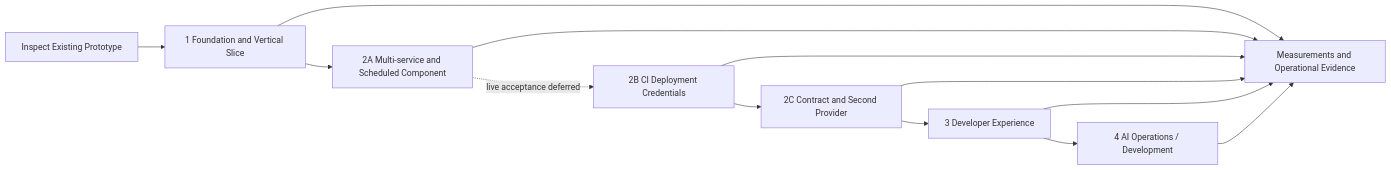
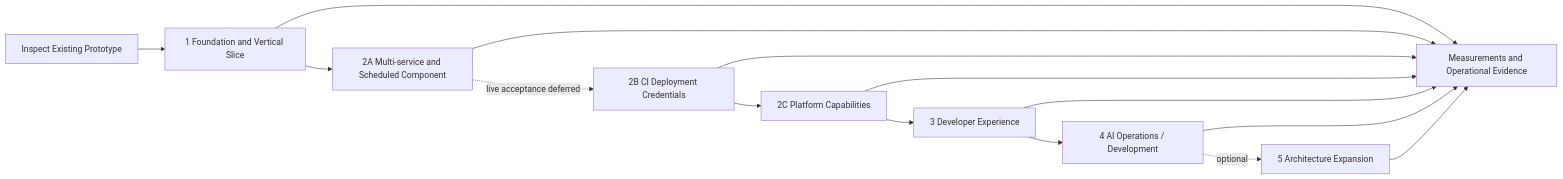
One commit to eseidinger/developer-platform changed the diagram in docs/04-development/development-plan.md. Above: the diagram before and after it, drawn with Mermaid. The commit also changed other lines of this file and 27 other files, not shown here.

Commit message:
docs: retain single Python platform architecture

````diff
--- a/docs/04-development/development-plan.md
+++ b/docs/04-development/development-plan.md
@@ -30,15 +31,17 @@
 ```mermaid
 flowchart LR
     Baseline["Inspect Existing Prototype"] --> P1["1 Foundation and Vertical Slice"]
     P1 --> P2A["2A Multi-service and Scheduled Component"]
     P2A -. "live acceptance deferred" .-> P2B["2B CI Deployment Credentials"]
-    P2B --> P2C["2C Contract and Second Provider"]
+    P2B --> P2C["2C Platform Capabilities"]
     P2C --> P3["3 Developer Experience"]
     P3 --> P4["4 AI Operations / Development"]
+    P4 -. "optional" .-> P5["5 Architecture Expansion"]
     P1 --> Evidence["Measurements and Operational Evidence"]
     P2A --> Evidence
     P2B --> Evidence
     P2C --> Evidence
     P3 --> Evidence
     P4 --> Evidence
+    P5 --> Evidence
 ```
````
